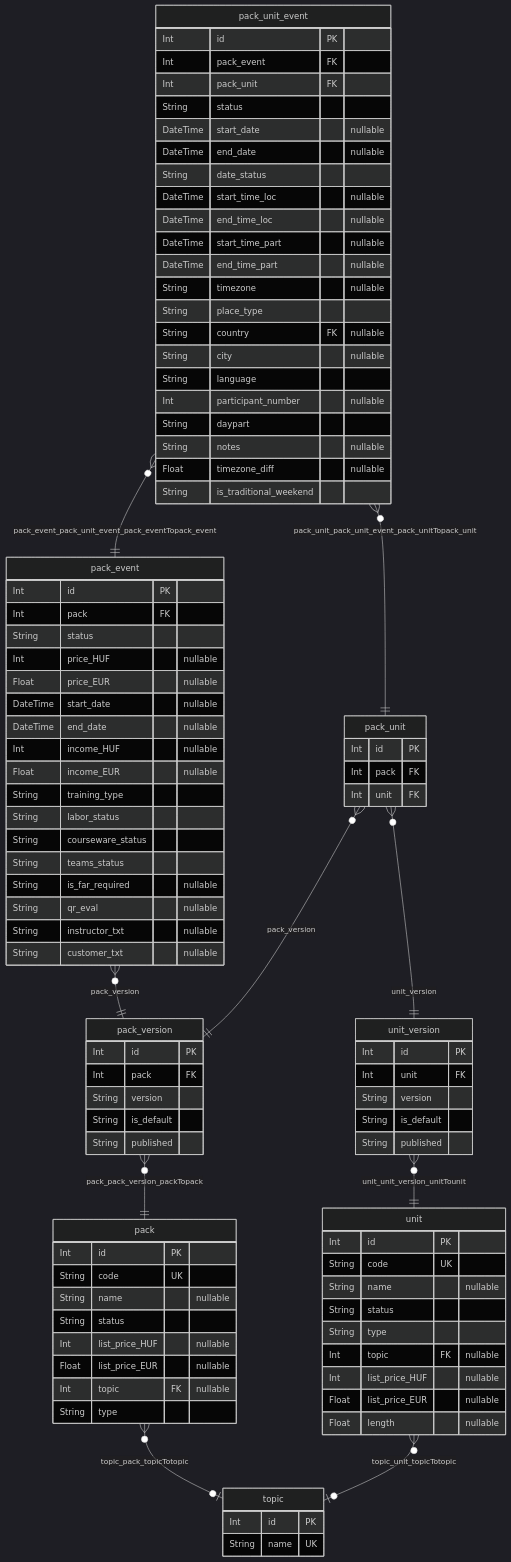
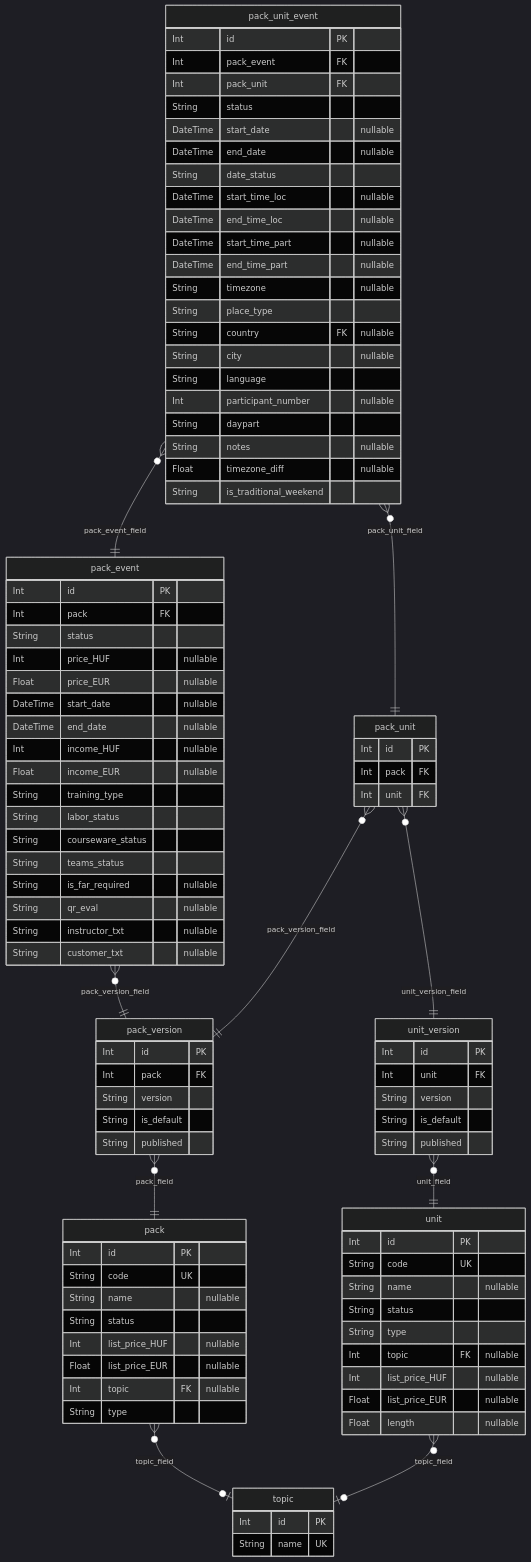
One commit to Kristofy/CompOffice changed the sixth of 6 diagrams in wiki/dev/database.md. Above: the diagram before and after it, drawn with Mermaid (dark theme). The commit also changed other lines of this file and 29 other files, not shown here.

````diff
--- a/wiki/dev/database.md
+++ b/wiki/dev/database.md
@@ -652,13 +679,13 @@
   String is_default
   String published
 }
-"pack" }o--o| "topic" : topic_pack_topicTotopic
-"pack_event" }o--|| "pack_version" : pack_version
-"pack_unit" }o--|| "pack_version" : pack_version
-"pack_unit" }o--|| "unit_version" : unit_version
-"pack_unit_event" }o--|| "pack_event" : pack_event_pack_unit_event_pack_eventTopack_event
-"pack_unit_event" }o--|| "pack_unit" : pack_unit_pack_unit_event_pack_unitTopack_unit
-"pack_version" }o--|| "pack" : pack_pack_version_packTopack
-"unit" }o--o| "topic" : topic_unit_topicTotopic
-"unit_version" }o--|| "unit" : unit_unit_version_unitTounit
+"pack" }o--o| "topic" : topic_field
+"pack_event" }o--|| "pack_version" : pack_version_field
+"pack_unit" }o--|| "pack_version" : pack_version_field
+"pack_unit" }o--|| "unit_version" : unit_version_field
+"pack_unit_event" }o--|| "pack_event" : pack_event_field
+"pack_unit_event" }o--|| "pack_unit" : pack_unit_field
+"pack_version" }o--|| "pack" : pack_field
+"unit" }o--o| "topic" : topic_field
+"unit_version" }o--|| "unit" : unit_field
 ```
````
